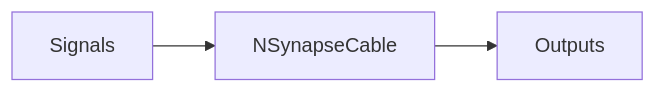
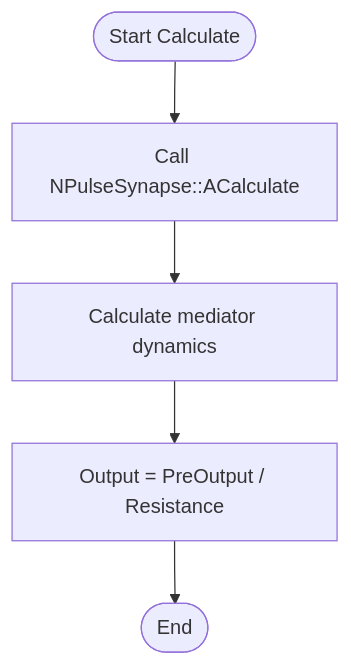
The fifth of 6 diagrams in Docs/Components/NSynapseCable.md (aicommunity/Nmsdk-PulseLib), drawn with Mermaid before and after one commit. The commit also changed other lines of this file and 196 other files, not shown here.

````diff
--- a/Docs/Components/NSynapseCable.md
+++ b/Docs/Components/NSynapseCable.md
@@ -86,5 +155,7 @@
 ```mermaid
-flowchart LR
-    sig[Signals] --> x[NSynapseCable]
-    x --> out[Outputs]
+flowchart TD
+    Start([Start Calculate]) --> CallBase[Call NPulseSynapse::ACalculate]
+    CallBase --> CalcMediator[Calculate mediator dynamics]
+    CalcMediator --> CalcOutput[Output = PreOutput / Resistance]
+    CalcOutput --> End([End])
 ```
````
